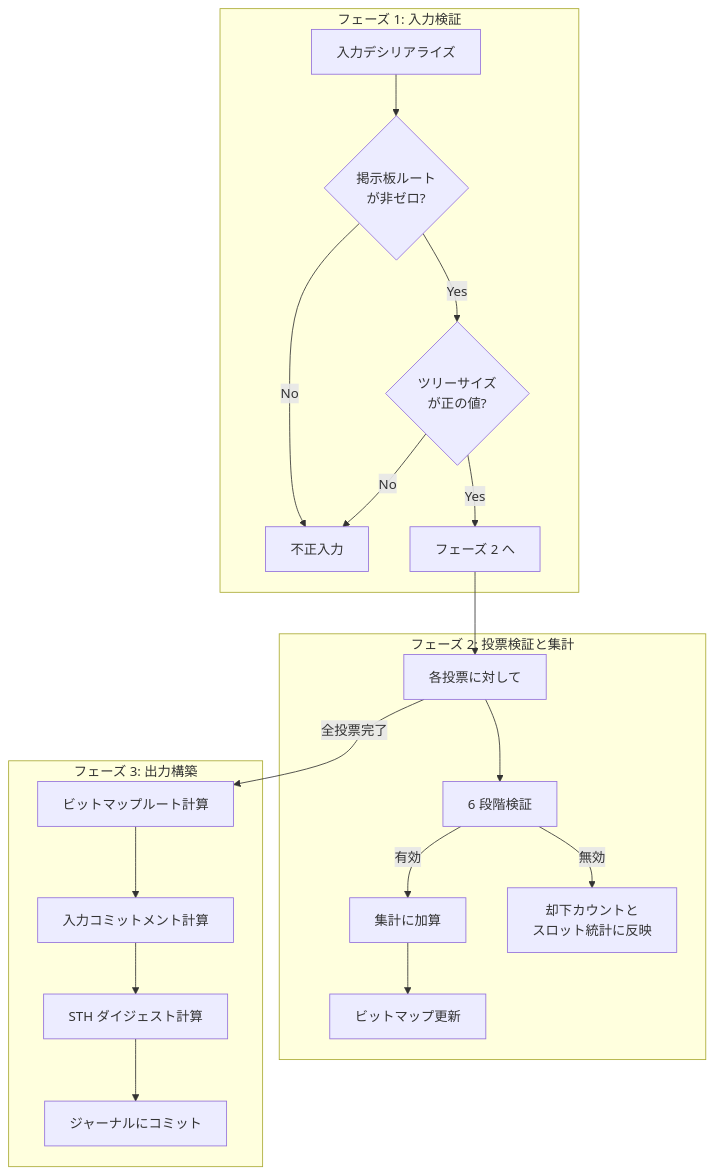
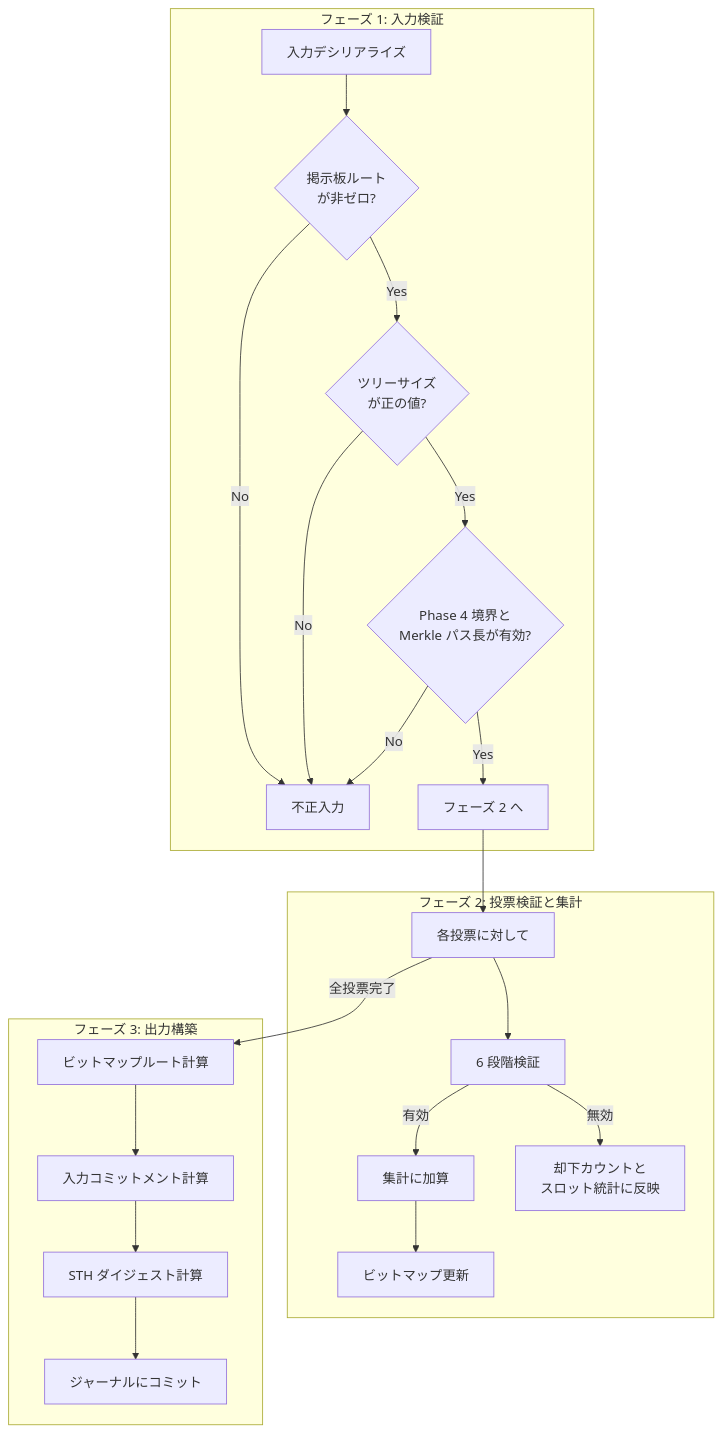
The first of 3 diagrams in public-book/src/zkvm/guest-program.md (hwatanabe-jp/stark-ballot-simulator-public), drawn with Mermaid before and after one commit. The commit also changed other lines of this file and 200 other files, not shown here.

````diff
--- a/public-book/src/zkvm/guest-program.md
+++ b/public-book/src/zkvm/guest-program.md
@@ -50,25 +50,27 @@
 ```mermaid
 flowchart TD
   subgraph "フェーズ 1: 入力検証"
     I1[入力デシリアライズ] --> I2{掲示板ルート<br/>が非ゼロ?}
     I2 -->|Yes| I3{ツリーサイズ<br/>が正の値?}
     I2 -->|No| FAIL[不正入力]
-    I3 -->|Yes| NEXT[フェーズ 2 へ]
+    I3 -->|Yes| I4{Phase 4 境界と<br/>Merkle パス長が有効?}
     I3 -->|No| FAIL
+    I4 -->|Yes| NEXT[フェーズ 2 へ]
+    I4 -->|No| FAIL
   end
 
   subgraph "フェーズ 2: 投票検証と集計"
     NEXT --> LOOP[各投票に対して]
     LOOP --> V1[6 段階検証]
     V1 -->|有効| TALLY[集計に加算]
     V1 -->|無効| EXCL[却下カウントと<br/>スロット統計に反映]
     TALLY --> BIT[ビットマップ更新]
   end
 
   subgraph "フェーズ 3: 出力構築"
     LOOP -->|全投票完了| O1[ビットマップルート計算]
     O1 --> O2[入力コミットメント計算]
     O2 --> O3[STH ダイジェスト計算]
     O3 --> O4[ジャーナルにコミット]
   end
 ```
````
